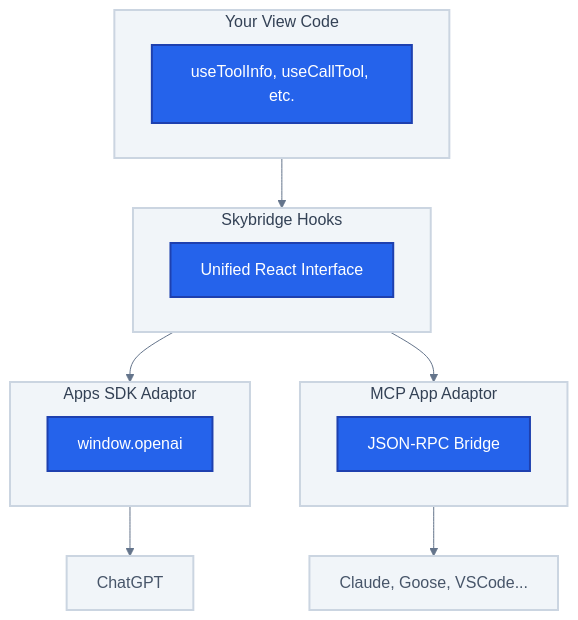
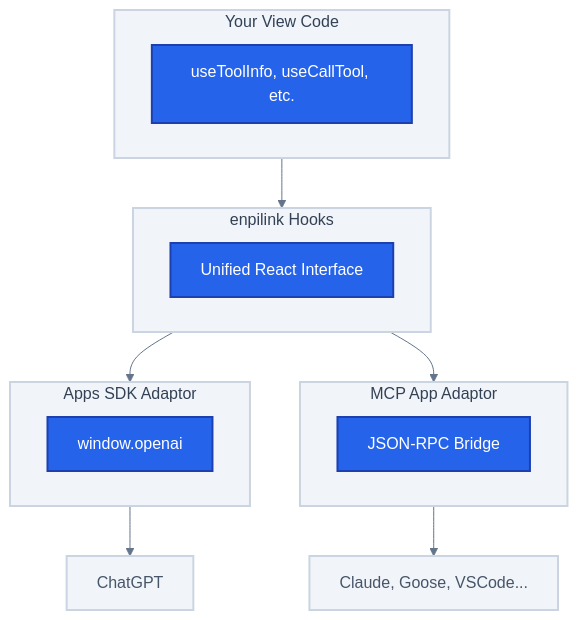
Before and after one commit to enpitech/enpilink: the diagram in docs/concepts/write-once-run-everywhere.mdx, drawn with Mermaid. The commit also changed other lines of this file and 288 other files, not shown here.

Commit message:
M2: rebrand skybridge→enpilink + scrub PostHog/StatsD/alpic-deploy/alpic.json coupling

````diff
--- a/docs/concepts/write-once-run-everywhere.mdx
+++ b/docs/concepts/write-once-run-everywhere.mdx
@@ -22,38 +22,38 @@
 ```mermaid
 %%{init: {'theme': 'base', 'themeVariables': { 'primaryColor': '#2563EB', 'primaryTextColor': '#fff', 'primaryBorderColor': '#1e40af', 'lineColor': '#64748b', 'secondaryColor': '#3B82F6', 'tertiaryColor': '#dbeafe' }}}%%
 flowchart TB
     subgraph Code["Your View Code"]
         Hooks["useToolInfo, useCallTool, etc."]
     end
 
-    Code --> Skybridge
+    Code --> enpilink
 
-    subgraph Skybridge["Skybridge Hooks"]
+    subgraph enpilink["enpilink Hooks"]
         Unified["Unified React Interface"]
     end
 
-    Skybridge --> AppsSdk
-    Skybridge --> McpApp
+    enpilink --> AppsSdk
+    enpilink --> McpApp
 
     subgraph AppsSdk["Apps SDK Adaptor"]
         OpenAI["window.openai"]
     end
 
     subgraph McpApp["MCP App Adaptor"]
         JsonRpc["JSON-RPC Bridge"]
     end
 
     AppsSdk --> ChatGPT["ChatGPT"]
     McpApp --> McpClients["Claude, Goose, VSCode..."]
 
     style Code fill:#f1f5f9,stroke:#cbd5e1,stroke-width:2px,color:#334155
-    style Skybridge fill:#f1f5f9,stroke:#cbd5e1,stroke-width:2px,color:#334155
+    style enpilink fill:#f1f5f9,stroke:#cbd5e1,stroke-width:2px,color:#334155
     style AppsSdk fill:#f1f5f9,stroke:#cbd5e1,stroke-width:2px,color:#334155
     style McpApp fill:#f1f5f9,stroke:#cbd5e1,stroke-width:2px,color:#334155
     style ChatGPT fill:#f1f5f9,stroke:#cbd5e1,stroke-width:2px,color:#475569
     style McpClients fill:#f1f5f9,stroke:#cbd5e1,stroke-width:2px,color:#475569
     style Hooks fill:#2563EB,stroke:#1e40af,stroke-width:2px,color:#fff
     style Unified fill:#2563EB,stroke:#1e40af,stroke-width:2px,color:#fff
     style OpenAI fill:#2563EB,stroke:#1e40af,stroke-width:2px,color:#fff
     style JsonRpc fill:#2563EB,stroke:#1e40af,stroke-width:2px,color:#fff
 ```
````
